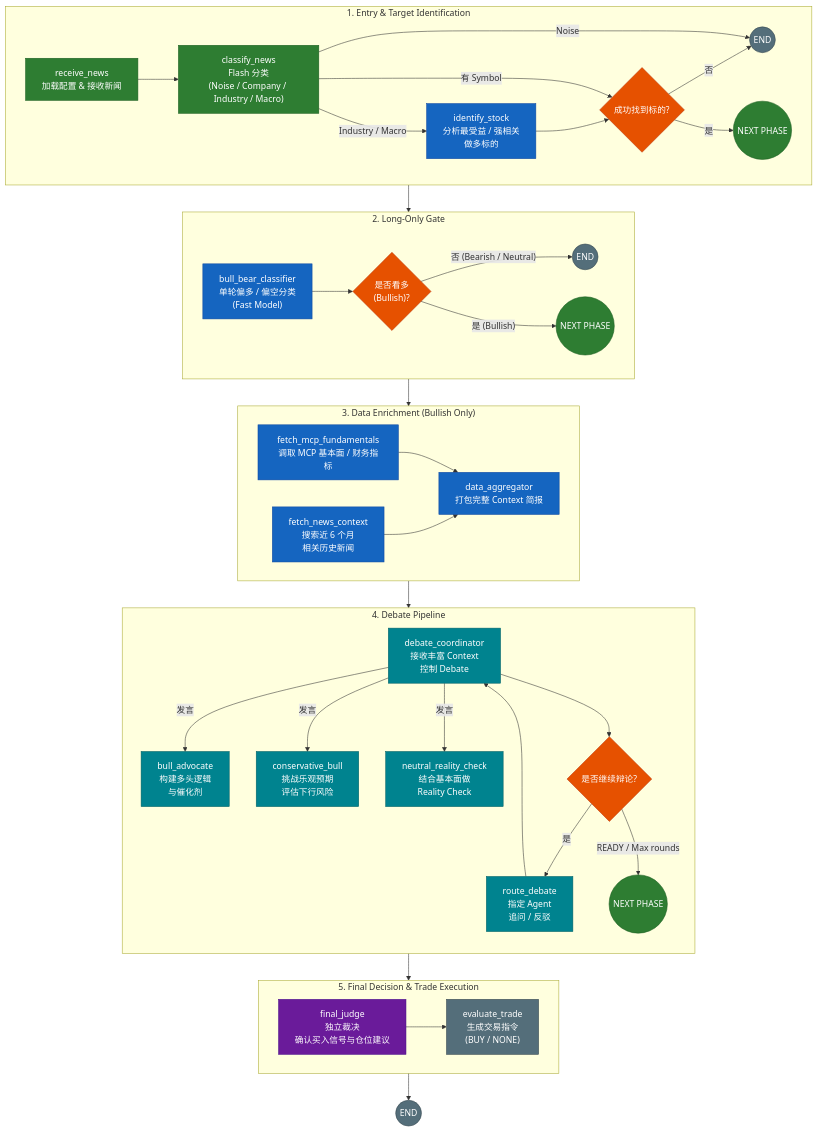
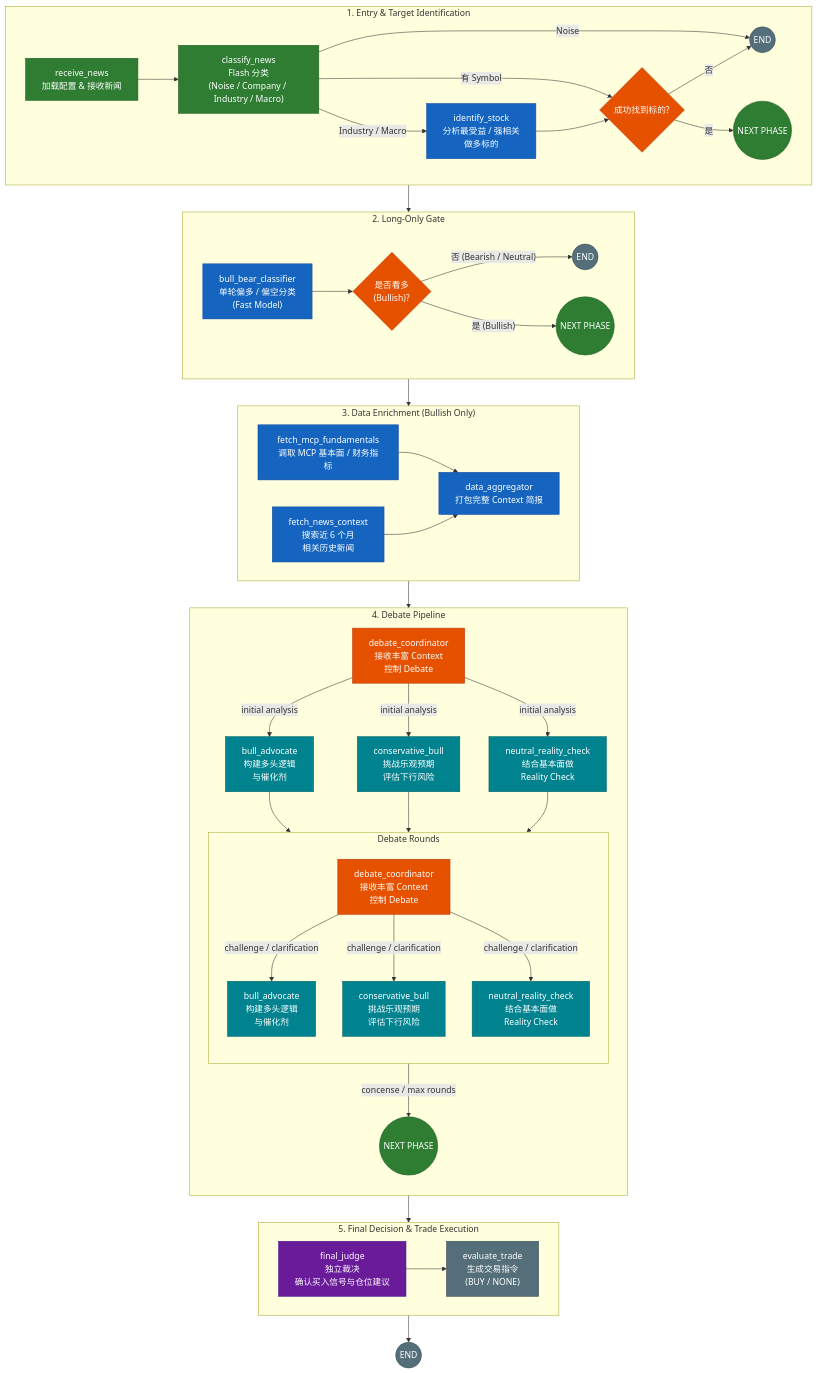
The diagram in backend/analysis_workflow/GRAPH_FLOW.md (wayming/stock_trading_agent), drawn with Mermaid before and after one commit. The commit also changed other lines of this file, not shown here.

Commit message:
refine flow

```diff
--- a/backend/analysis_workflow/GRAPH_FLOW.md
+++ b/backend/analysis_workflow/GRAPH_FLOW.md
@@ -136,33 +136,32 @@
 
         direction TB
 
-        debate_coordinator["debate_coordinator<br/>接收丰富 Context<br/>控制 Debate"]:::debate
-
+        debate_coordinator_analysis["debate_coordinator<br/>接收丰富 Context<br/>控制 Debate"]:::router
+        debate_coordinator_debate["debate_coordinator<br/>接收丰富 Context<br/>控制 Debate"]:::router
         bull_advocate["bull_advocate<br/>构建多头逻辑<br/>与催化剂"]:::debate
-
         conservative_bull["conservative_bull<br/>挑战乐观预期<br/>评估下行风险"]:::debate
-
         neutral_reality_check["neutral_reality_check<br/>结合基本面做<br/>Reality Check"]:::debate
-
-        route_debate_agents["route_debate<br/>指定 Agent<br/>追问 / 反驳"]:::debate
-
-        continue_debate_gate{"是否继续辩论?"}:::router
 
         next4((NEXT PHASE)):::entry
 
-        debate_coordinator -- "发言" --> bull_advocate
+        debate_coordinator_analysis -- "initial analysis" --> bull_advocate
+        debate_coordinator_analysis -- "initial analysis" --> conservative_bull
+        debate_coordinator_analysis -- "initial analysis" --> neutral_reality_check
 
-        debate_coordinator -- "发言" --> conservative_bull
+        bull_advocate --> debate_coordinator_debate
+        conservative_bull --> debate_coordinator_debate
+        neutral_reality_check --> debate_coordinator_debate
 
-        debate_coordinator -- "发言" --> neutral_reality_check
-
-        debate_coordinator --> continue_debate_gate
-
-        continue_debate_gate -- "是" --> route_debate_agents
-
-        continue_debate_gate -- "READY / Max rounds" --> next4
-
-        route_debate_agents --> debate_coordinator
+        debate_coordinator_debate -- "concense / max rounds" --> next4
+        subgraph D1 ["Debate Rounds"]
+            direction TB
+            bull_advocate_debate["bull_advocate<br/>构建多头逻辑<br/>与催化剂"]:::debate
+            conservative_bull_debate["conservative_bull<br/>挑战乐观预期<br/>评估下行风险"]:::debate
+            neutral_reality_check_debate["neutral_reality_check<br/>结合基本面做<br/>Reality Check"]:::debate
+            debate_coordinator_debate -- "challenge / clarification" --> bull_advocate_debate
+            debate_coordinator_debate -- "challenge / clarification" --> conservative_bull_debate
+            debate_coordinator_debate -- "challenge / clarification" --> neutral_reality_check_debate
+        end
 
     end
 
```
